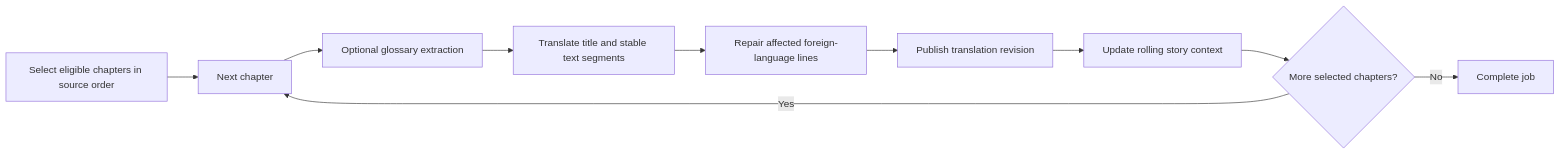
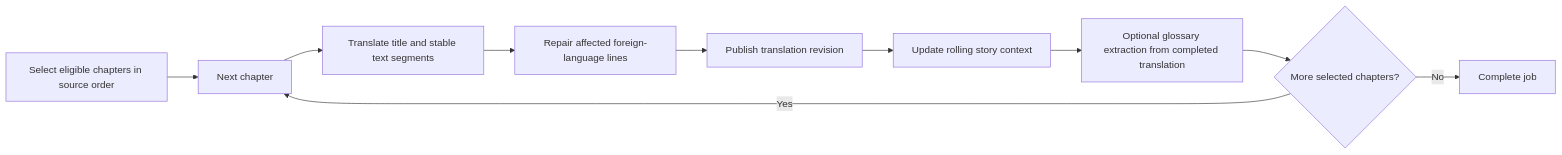
The fourth of 5 diagrams in docs/ARCHITECTURE.md (umount/book-converter), drawn with Mermaid before and after one commit. The commit also changed other lines of this file and 5 other files, not shown here.

Commit message:
docs: align narration workflows and architecture with implementation

````diff
--- a/docs/ARCHITECTURE.md
+++ b/docs/ARCHITECTURE.md
@@ -205,12 +235,12 @@
 ```mermaid
 flowchart LR
     Select[Select eligible chapters in source order] --> Next[Next chapter]
-    Next --> Glossary[Optional glossary extraction]
-    Glossary --> Translate[Translate title and stable text segments]
+    Next --> Translate[Translate title and stable text segments]
     Translate --> Repair[Repair affected foreign-language lines]
     Repair --> Save[Publish translation revision]
     Save --> Context[Update rolling story context]
-    Context --> More{More selected chapters?}
+    Context --> Glossary[Optional glossary extraction from completed translation]
+    Glossary --> More{More selected chapters?}
     More -->|Yes| Next
     More -->|No| Done[Complete job]
 ```
````
